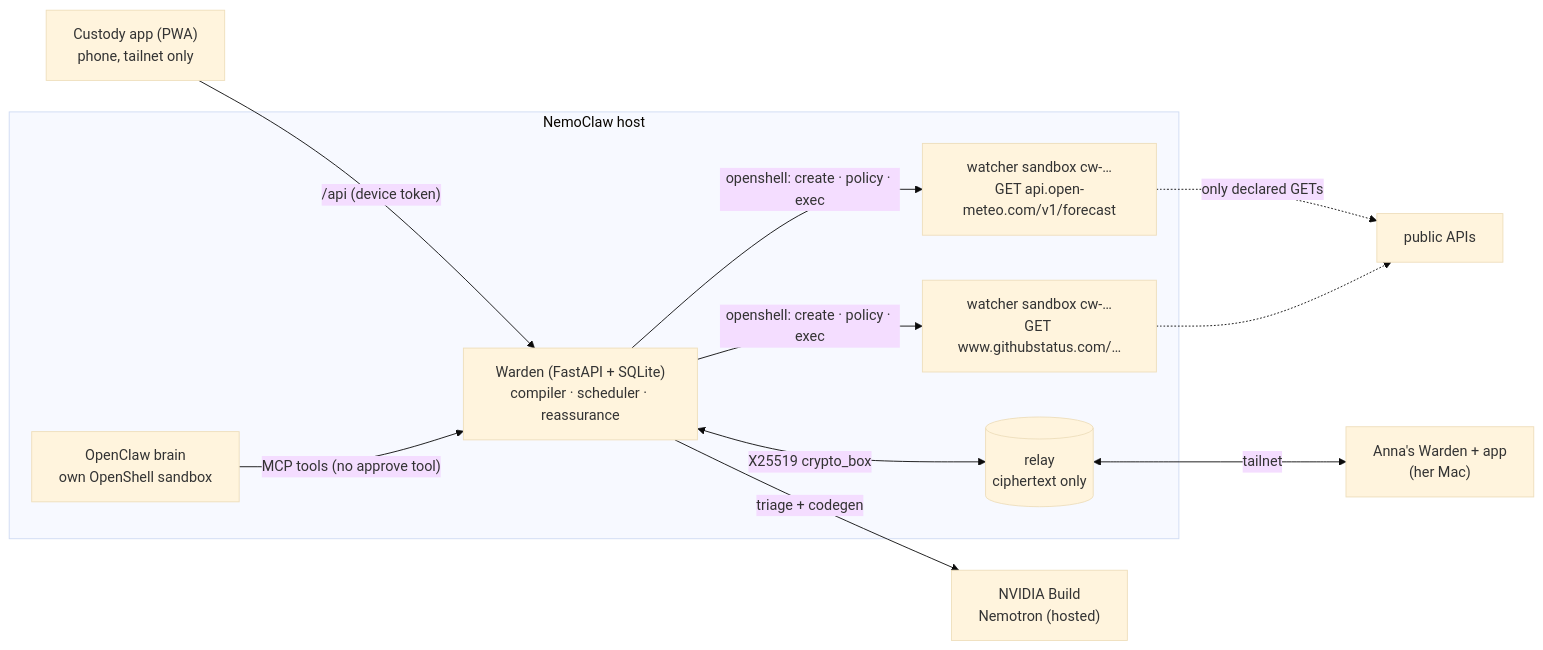
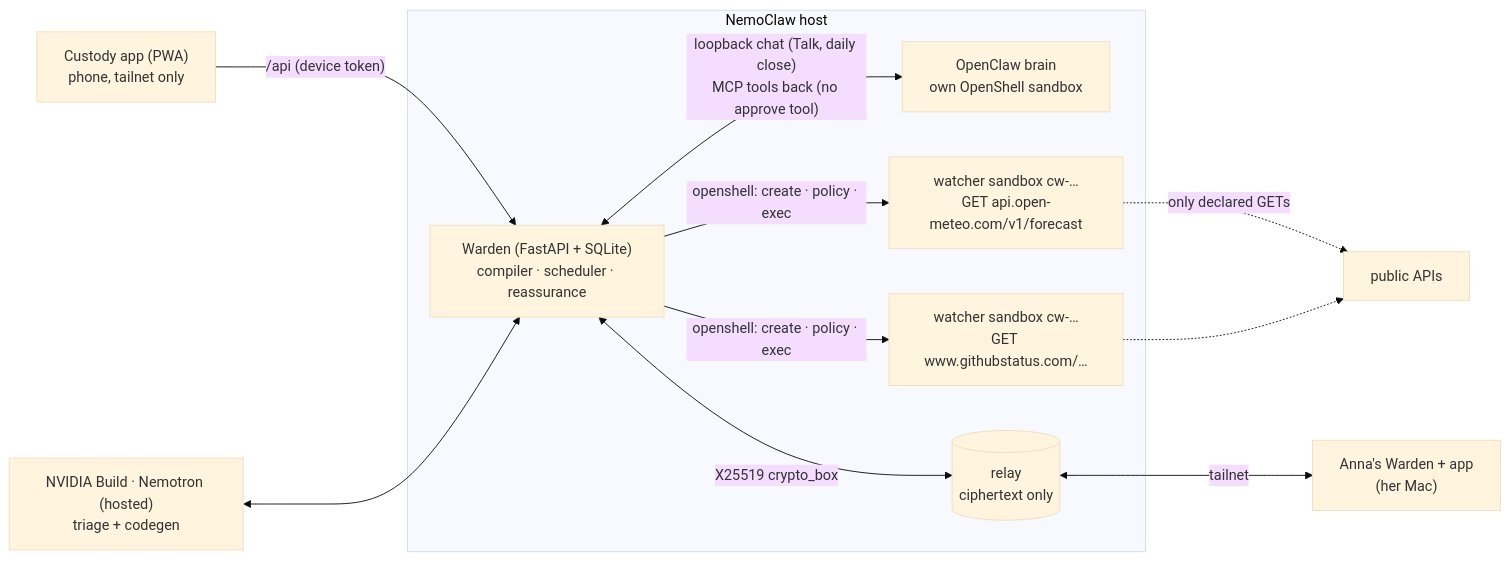
The diagram in README.md (myronsydorov/nvidia-claw), drawn with Mermaid (base theme) before and after one commit. The commit also changed other lines of this file and 33 other files, not shown here.

First line of the commit message:
feat: Talk to Custody, the brain's daily close, silence as a number

````diff
--- a/README.md
+++ b/README.md
@@ -14,18 +14,18 @@
 ```mermaid
 flowchart LR
   phone["Custody app (PWA)<br/>phone, tailnet only"] -- "/api (device token)" --> warden
   subgraph host["NemoClaw host"]
+    brain["OpenClaw brain<br/>own OpenShell sandbox"]
     warden["Warden (FastAPI + SQLite)<br/>compiler · scheduler · reassurance"]
-    brain["OpenClaw brain<br/>own OpenShell sandbox"]
     w1["watcher sandbox cw-…<br/>GET api.open-meteo.com/v1/forecast"]
     w2["watcher sandbox cw-…<br/>GET www.githubstatus.com/…"]
     relay[("relay<br/>ciphertext only")]
-    brain -- "MCP tools (no approve tool)" --> warden
+    warden <-- "loopback chat (Talk, daily close)<br/>MCP tools back (no approve tool)" --> brain
     warden -- "openshell: create · policy · exec" --> w1 & w2
+    warden <-- "X25519 crypto_box" --> relay
   end
-  warden -- "triage + codegen" --> nim["NVIDIA Build<br/>Nemotron (hosted)"]
+  nim["NVIDIA Build · Nemotron (hosted)<br/>triage + codegen"] <--> warden
   w1 -. "only declared GETs" .-> internet["public APIs"]
   w2 -.-> internet
-  warden <-- "X25519 crypto_box" --> relay
   relay <-- "tailnet" --> anna["Anna's Warden + app<br/>(her Mac)"]
 ```
````
